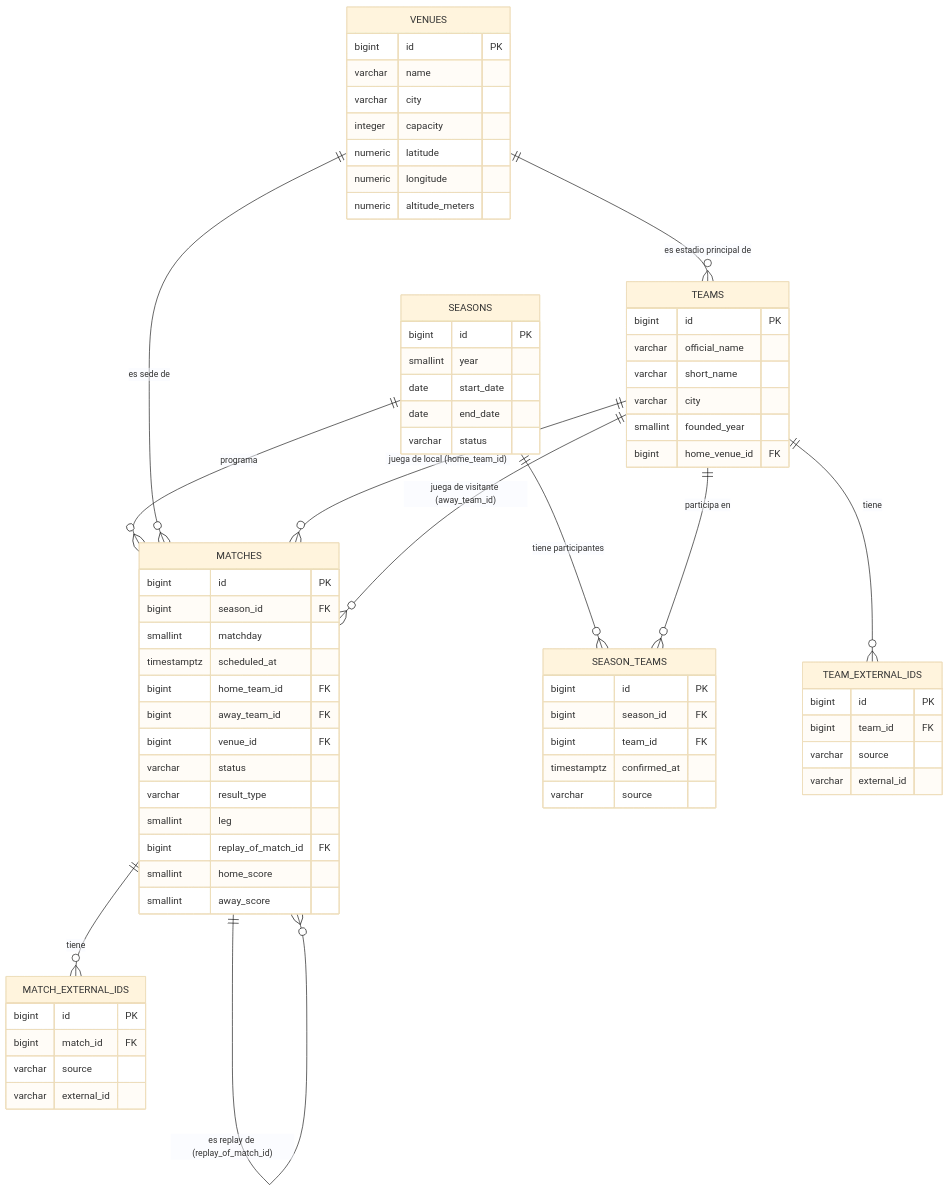
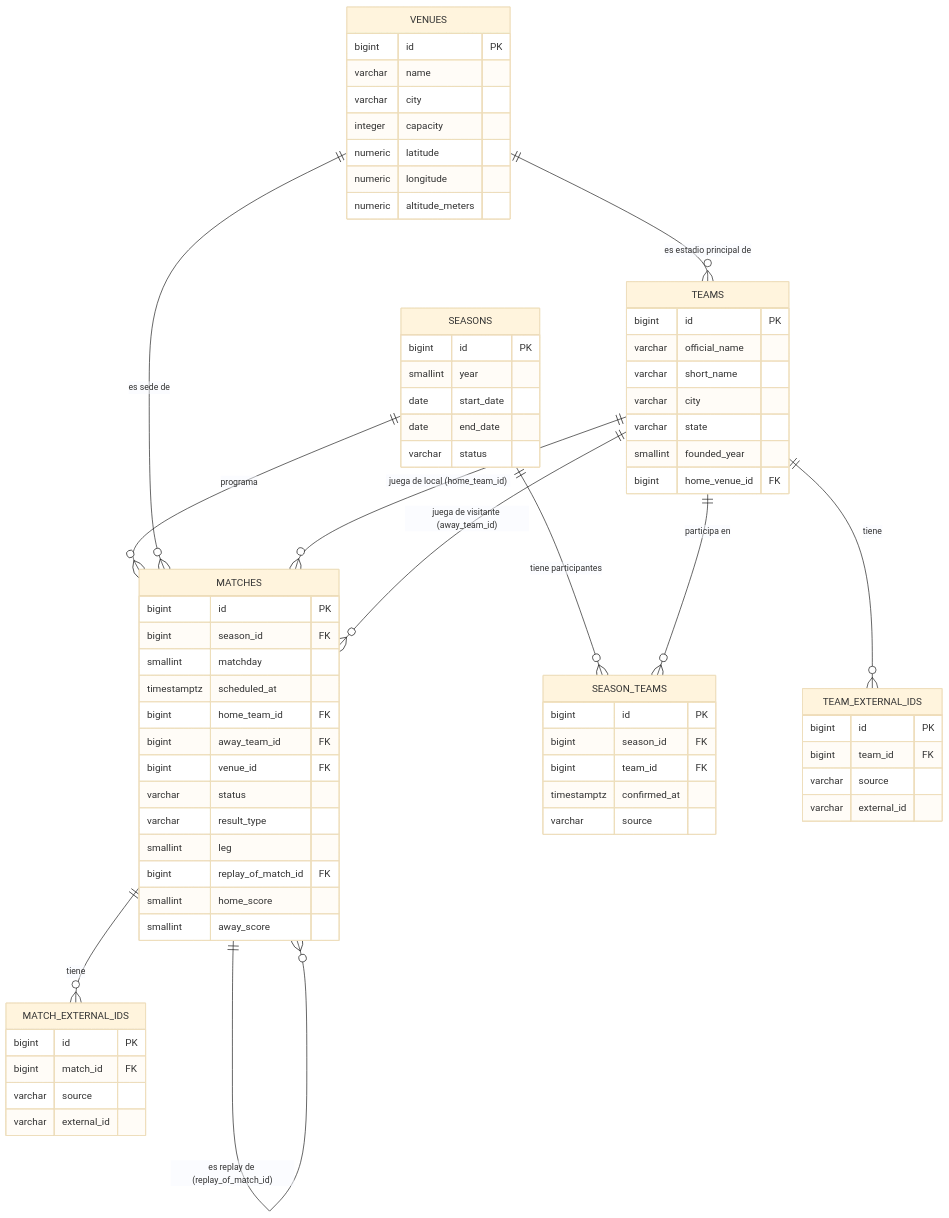
Before and after one commit to matiasdemetriorufeil/predictex: the diagram in docs/schema_core.md, drawn with Mermaid (base theme). The commit also changed other lines of this file and 7 other files, not shown here.

````diff
--- a/docs/schema_core.md
+++ b/docs/schema_core.md
@@ -153,78 +161,79 @@
 ```mermaid
 erDiagram
     SEASONS ||--o{ MATCHES : "programa"
     SEASONS ||--o{ SEASON_TEAMS : "tiene participantes"
     TEAMS ||--o{ SEASON_TEAMS : "participa en"
     VENUES ||--o{ MATCHES : "es sede de"
     VENUES ||--o{ TEAMS : "es estadio principal de"
     TEAMS ||--o{ MATCHES : "juega de local (home_team_id)"
     TEAMS ||--o{ MATCHES : "juega de visitante (away_team_id)"
     TEAMS ||--o{ TEAM_EXTERNAL_IDS : "tiene"
     MATCHES ||--o{ MATCH_EXTERNAL_IDS : "tiene"
     MATCHES ||--o{ MATCHES : "es replay de (replay_of_match_id)"
 
     TEAMS {
         bigint id PK
         varchar official_name
         varchar short_name
         varchar city
+        varchar state
         smallint founded_year
         bigint home_venue_id FK
     }
 
     VENUES {
         bigint id PK
         varchar name
         varchar city
         integer capacity
         numeric latitude
         numeric longitude
         numeric altitude_meters
     }
 
     SEASONS {
         bigint id PK
         smallint year
         date start_date
         date end_date
         varchar status
     }
 
     SEASON_TEAMS {
         bigint id PK
         bigint season_id FK
         bigint team_id FK
         timestamptz confirmed_at
         varchar source
     }
 
     MATCHES {
         bigint id PK
         bigint season_id FK
         smallint matchday
         timestamptz scheduled_at
         bigint home_team_id FK
         bigint away_team_id FK
         bigint venue_id FK
         varchar status
         varchar result_type
         smallint leg
         bigint replay_of_match_id FK
         smallint home_score
         smallint away_score
     }
 
     TEAM_EXTERNAL_IDS {
         bigint id PK
         bigint team_id FK
         varchar source
         varchar external_id
     }
 
     MATCH_EXTERNAL_IDS {
         bigint id PK
         bigint match_id FK
         varchar source
         varchar external_id
     }
 ```
````
